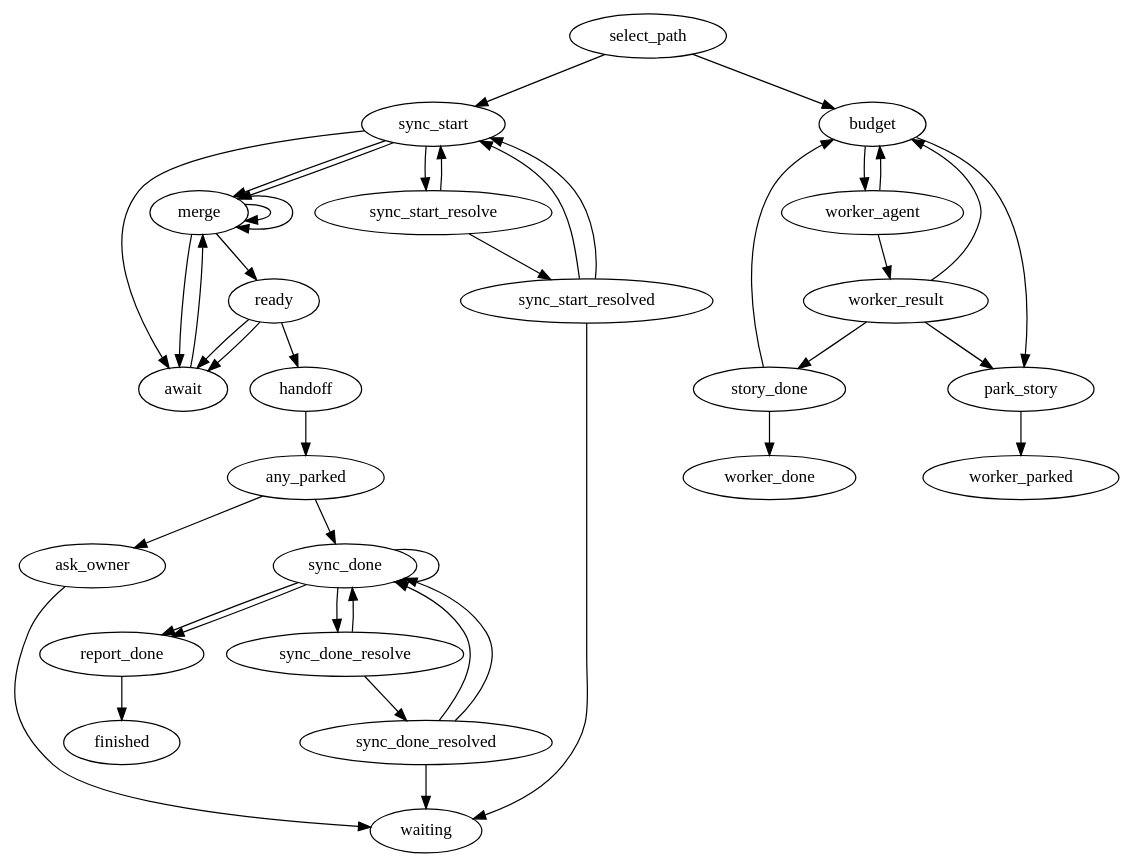
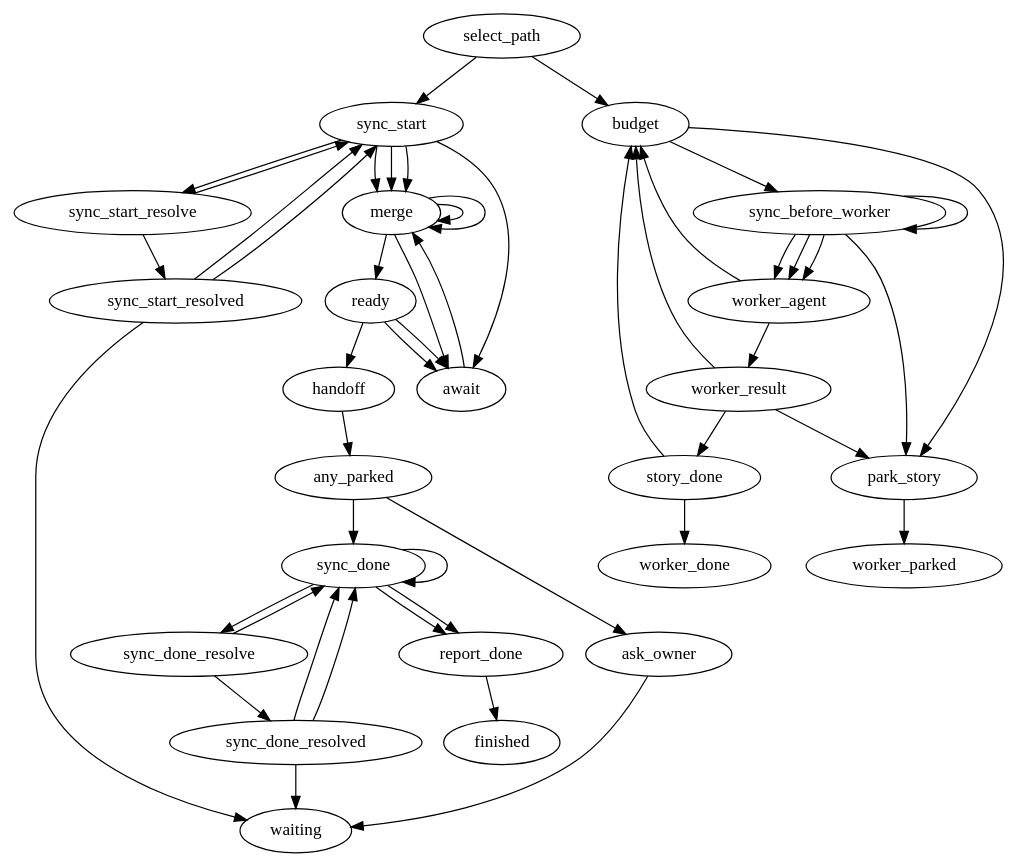
Before and after one commit to marioatcloudvane/litefactory: the diagram in teams/swift-ios/v1.0.0/implement/implement.dot, drawn with Graphviz. The commit also changed 1006 other files, not shown here.

```diff
--- a/teams/swift-ios/v1.0.0/implement/implement.dot
+++ b/teams/swift-ios/v1.0.0/implement/implement.dot
@@ -1,127 +1,138 @@
 // Implement runs a managed feature as a graph. The factory decides which path a
 // run takes: the parent issue takes the coordinator path, and each story
 // sub-issue takes the worker path with a session, branch and worktree of its
 // own. Independent stories therefore build side by side, and a story that fails
 // does not stop the others.
 //
 // Coordinator (parent issue). It first brings the repository's base branch
-// (main) into the feature branch, so stories build on a current base. Then it
+// (main) into the feature branch, so stories build on a current base. An owner
+// reply that resumes parked stories enters at this base sync again, so a fix
+// that reached main while the stories waited reaches them too. Then it
 // merges finished stories until none is left and starts every story that is
 // ready. While stories build it rests at await
 // and ends the run; it wakes when a story changes state. When no story can start
 // or finish, it writes the hand-off report. If any story is parked, it asks the
 // owner one question that lists them all and waits. If every story is merged,
 // it brings main in once more and reports completion on the parent once. When
 // main conflicts with the feature branch, a resolver agent merges it in the
 // parent's worktree and resolves the conflict; the factory saves a completed
 // answer and syncs again. Only a blocked resolver asks the owner. The
 // coordinator itself never writes code.
 //
 // Worker (story sub-issue). The repair budget is counted in the story ledger:
-// the first attempt and two repairs. One write-access agent writes the code and
+// the first attempt and two repairs. Each permitted entry first synchronizes
+// the selected story base; conflicts or exhausted sync retries park the story.
+// One write-access agent writes the code and
 // its tailored unit tests and runs them. Only an accepted completed answer is
 // saved (committed and pushed), and only then is the story done. A blocked
 // answer parks the story at once with the agent's own reason. An incomplete
 // answer, a failed attempt or a failed save counts one attempt and goes back to
 // the budget decision; the next attempt receives the reason. An exhausted budget
 // parks the story with the last worker's own reason.
 //
 // This file is the only place the flow lives. Go supplies steps and never picks
 // the next step. Every node has a positive lf_limit; the limits on the coordinator
 // loop are sized for the largest story set plus owner resumes, and the worker
 // limits hold the three attempts plus the final park.
 digraph implement {
  graph [team="swift-ios", mode="implement", profile_version="1", start="select_path"];
 
  // ---- Path selection ---------------------------------------------------------
  select_path [lf_action="lf_implement_select", lf_outcomes="coordinator,worker", lf_limit="4"];
 
  // ---- Coordinator --------------------------------------------------------------
  merge      [lf_action="lf_implement_merge", lf_outcomes="merged,parked,none,retry", lf_limit="64"];
  ready      [lf_action="lf_implement_ready", lf_outcomes="started,waiting,drained", lf_limit="64"];
  await      [lf_action="lf_implement_await", lf_outcomes="go", lf_limit="64"];
  handoff    [lf_action="lf_implement_handoff", lf_outcomes="posted", lf_limit="16"];
  any_parked [lf_action="lf_implement_any_parked", lf_outcomes="true,false", lf_limit="16"];
- ask_owner  [lf_action="lf_implement_ask", lf_outcomes="published", lf_source="merge", lf_limit="16"];
+ ask_owner  [lf_action="lf_implement_ask", lf_outcomes="published", lf_source="sync_start", lf_limit="16"];
  report_done [lf_action="lf_implement_report_done", lf_outcomes="published", lf_source="merge", lf_limit="16"];
 
  // ---- Base sync ------------------------------------------------------------------
- sync_start          [lf_action="lf_sync_base", lf_outcomes="synced,current,conflict,retry", lf_limit="8"];
+ sync_start          [lf_action="lf_sync_base", lf_outcomes="synced,current,conflict,retry,deferred", lf_limit="32"];
  sync_start_resolve  [lf_action="lf_agent", lf_outcomes="success,failed", lf_agent_markdown="sync-resolver", lf_skills="implement-result,swift-ios-boundaries", lf_limit="3"];
  sync_start_resolved [lf_action="lf_implement_resolved", lf_outcomes="resolved,blocked,retry", lf_source="sync_start_resolve", lf_limit="3"];
  sync_done           [lf_action="lf_sync_base", lf_outcomes="synced,current,conflict,retry", lf_limit="8"];
  sync_done_resolve   [lf_action="lf_agent", lf_outcomes="success,failed", lf_agent_markdown="sync-resolver", lf_skills="implement-result,swift-ios-boundaries", lf_limit="3"];
  sync_done_resolved  [lf_action="lf_implement_resolved", lf_outcomes="resolved,blocked,retry", lf_source="sync_done_resolve", lf_limit="3"];
 
  // ---- Worker -----------------------------------------------------------------------
+ sync_before_worker [lf_action="lf_sync_base", lf_outcomes="synced,current,conflict,retry,deferred", lf_limit="8"];
  budget        [lf_action="lf_implement_budget", lf_outcomes="run,park", lf_limit="8"];
- worker_agent  [lf_action="lf_agent", lf_outcomes="success,failed", lf_agent_markdown="story-worker", lf_skills="implement-result,swift-ios-boundaries", lf_limit="3"];
+ worker_agent  [lf_slot_budget="3", lf_action="lf_agent", lf_outcomes="success,failed", lf_agent_markdown="story-worker", lf_standards="story-worker", lf_skills="implement-result,swift-ios-boundaries", lf_budget="120", lf_limit="3"];
  worker_result [lf_action="lf_implement_result", lf_outcomes="completed,incomplete,blocked", lf_source="worker_agent", lf_limit="3"];
  story_done    [lf_action="lf_implement_story_done", lf_outcomes="done,retry", lf_limit="3"];
  park_story    [lf_action="lf_implement_park", lf_outcomes="parked", lf_limit="4"];
 
  // ---- Terminals ------------------------------------------------------------------------
  waiting       [lf_terminal="true"];
  finished      [lf_terminal="true"];
  worker_done   [lf_terminal="true"];
  worker_parked [lf_terminal="true"];
 
  select_path -> sync_start [lf_on="coordinator"];
  select_path -> budget     [lf_on="worker"];
 
  // Coordinator start: bring main into the feature branch before any story
  // starts. A conflict goes to the resolver; a completed resolution is saved and
  // the sync runs again. A busy or moved branch rests at await and goes on.
  sync_start          -> merge               [lf_on="synced"];
  sync_start          -> merge               [lf_on="current"];
+ sync_start          -> merge               [lf_on="deferred"];
  sync_start          -> sync_start_resolve  [lf_on="conflict"];
  sync_start          -> await               [lf_on="retry"];
  sync_start_resolve  -> sync_start_resolved [lf_on="success"];
  sync_start_resolve  -> sync_start          [lf_on="failed"];
  sync_start_resolved -> sync_start          [lf_on="resolved"];
  sync_start_resolved -> sync_start          [lf_on="retry"];
  sync_start_resolved -> waiting             [lf_on="blocked"];
 
  // Coordinator: merge until none, then ready. A started or waiting result rests
  // at await; a drained one is the end of the work.
  merge -> merge   [lf_on="merged"];
  merge -> merge   [lf_on="parked"];
  merge -> ready   [lf_on="none"];
  merge -> await   [lf_on="retry"];
  ready -> await   [lf_on="started"];
  ready -> await   [lf_on="waiting"];
  ready -> handoff [lf_on="drained"];
  await -> merge   [lf_on="go"];
 
  // After the hand-off, one question for every parked story, or main once more
  // and the completion reply and finish.
  handoff     -> any_parked  [lf_on="posted"];
  any_parked  -> ask_owner   [lf_on="true"];
  any_parked  -> sync_done   [lf_on="false"];
  ask_owner   -> waiting     [lf_on="published"];
  report_done -> finished    [lf_on="published"];
 
  // Coordinator end: bring main in again before the completion reply.
  sync_done          -> report_done        [lf_on="synced"];
  sync_done          -> report_done        [lf_on="current"];
  sync_done          -> sync_done_resolve  [lf_on="conflict"];
  sync_done          -> sync_done          [lf_on="retry"];
  sync_done_resolve  -> sync_done_resolved [lf_on="success"];
  sync_done_resolve  -> sync_done          [lf_on="failed"];
  sync_done_resolved -> sync_done          [lf_on="resolved"];
  sync_done_resolved -> sync_done          [lf_on="retry"];
  sync_done_resolved -> waiting            [lf_on="blocked"];
 
- // Worker: budget, then the agent. Completed is saved; blocked parks at once. An
+ // Worker: budget, then synchronize the selected story base before the agent. Completed is saved; blocked parks at once. An
  // incomplete answer, a failed attempt or a failed save goes back to the budget.
- budget        -> worker_agent  [lf_on="run"];
+ budget        -> sync_before_worker [lf_on="run"];
+ sync_before_worker -> worker_agent [lf_on="synced"];
+ sync_before_worker -> worker_agent [lf_on="current"];
+ sync_before_worker -> worker_agent [lf_on="deferred"];
+ sync_before_worker -> sync_before_worker [lf_on="retry"];
+ sync_before_worker -> park_story [lf_on="conflict"];
  budget        -> park_story    [lf_on="park"];
  worker_agent  -> worker_result [lf_on="success"];
  worker_agent  -> budget        [lf_on="failed"];
  worker_result -> story_done    [lf_on="completed"];
  worker_result -> budget        [lf_on="incomplete"];
  worker_result -> park_story    [lf_on="blocked"];
  story_done    -> worker_done   [lf_on="done"];
  story_done    -> budget        [lf_on="retry"];
  park_story    -> worker_parked [lf_on="parked"];
 }
```
